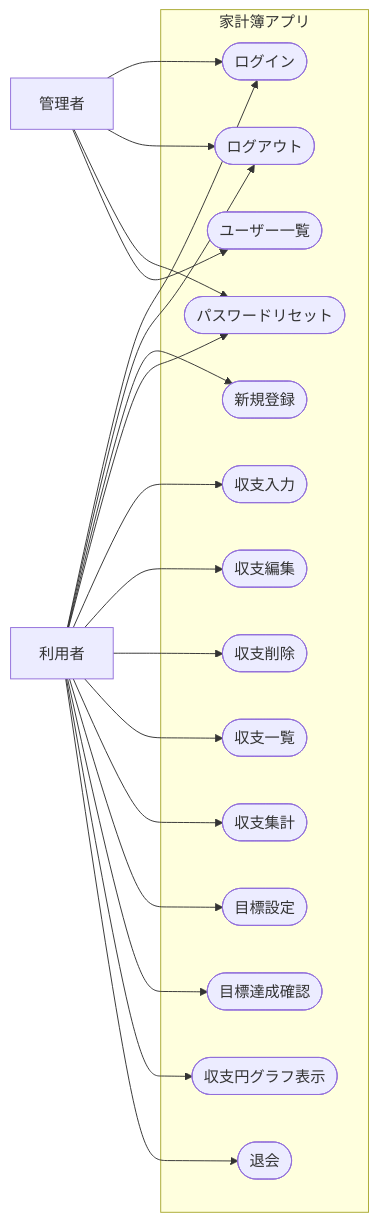
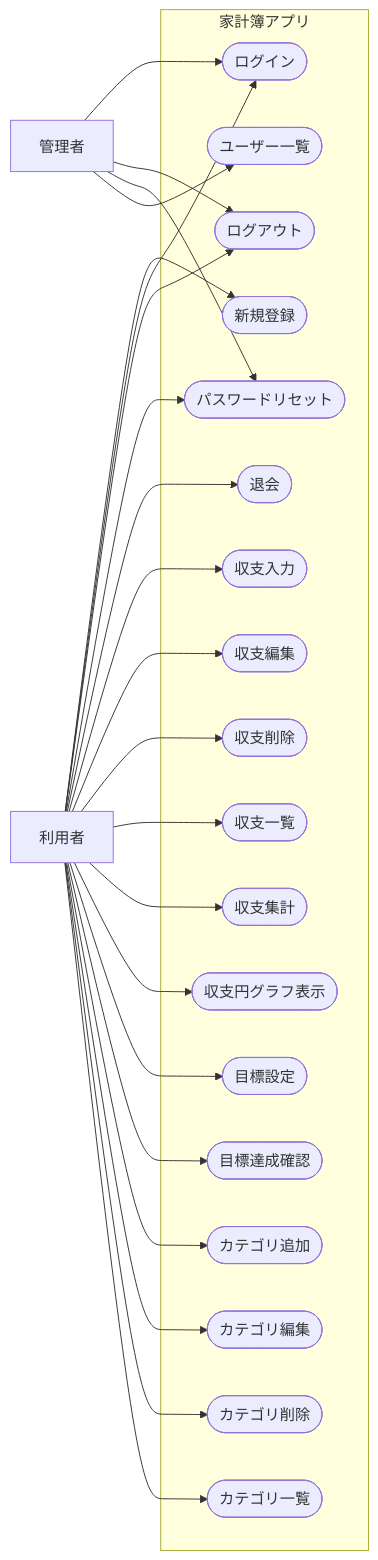
The diagram in requirements.md (ryuta-nakagawa-04/ryuta-nakagawa-educure-app), drawn with Mermaid before and after one commit.

Commit message:
ユースケース図にカテゴリ管理、目標管理を追加
ユースケース図にカテゴリ管理、目標管理を追加。
（いずれも必要なものだが、抜けていたため。）

````diff
--- a/requirements.md
+++ b/requirements.md
@@ -54,45 +54,66 @@
 ```mermaid
 flowchart LR
   %% アクター（システム外）
   A[利用者]:::actor
   B[管理者]:::actor
 
   %% システム境界
   subgraph S[家計簿アプリ]
+    %% 共通（認証系）
+    UC_Signup([新規登録])
     UC_Login([ログイン])
     UC_Logout([ログアウト])
-    UC_Signup([新規登録])
     UC_PwReset([パスワードリセット])
+    UC_Withdraw([退会])
+
+    %% 収支（transactions）
     UC_Create([収支入力])
     UC_Update([収支編集])
     UC_Delete([収支削除])
     UC_List([収支一覧])
     UC_Aggregate([収支集計])
+    UC_PieChart([収支円グラフ表示])
+
+    %% 目標（goals）
     UC_Goal([目標設定])
     UC_Progress([目標達成確認])
-    UC_PieChart([収支円グラフ表示])
-    UC_Withdraw([退会])
+
+    %% カテゴリ（categories）
+    UC_CatCreate([カテゴリ追加])
+    UC_CatUpdate([カテゴリ編集])
+    UC_CatDelete([カテゴリ削除])
+    UC_CatList([カテゴリ一覧])
+
+    %% 管理者機能
     UC_AdminList([ユーザー一覧])
   end
 
   %% 利用者の関係
-   A --> UC_Login
-   A --> UC_Logout
-   A --> UC_Signup
-   A --> UC_PwReset
-   A --> UC_Create
-   A --> UC_Update
-   A --> UC_Delete
-   A --> UC_List
-   A --> UC_Aggregate
-   A --> UC_Goal
-   A --> UC_Progress
-   A --> UC_PieChart
-   A --> UC_Withdraw
+  A --> UC_Signup
+  A --> UC_Login
+  A --> UC_Logout
+  A --> UC_PwReset
+  A --> UC_Withdraw
 
-  %% 管理者の関係
-   B --> UC_Login
-   B --> UC_Logout
-   B --> UC_PwReset
-   B --> UC_AdminList
+  A --> UC_Create
+  A --> UC_Update
+  A --> UC_Delete
+  A --> UC_List
+  A --> UC_Aggregate
+  A --> UC_PieChart
+
+  A --> UC_Goal
+  A --> UC_Progress
+
+  %% カテゴリ（利用者操作）
+  A --> UC_CatCreate
+  A --> UC_CatUpdate
+  A --> UC_CatDelete
+  A --> UC_CatList
+
+  %% 管理者の関係（is_admin = true のユーザー）
+  B --> UC_Login
+  B --> UC_Logout
+  B --> UC_PwReset
+  B --> UC_AdminList
 ```
````
